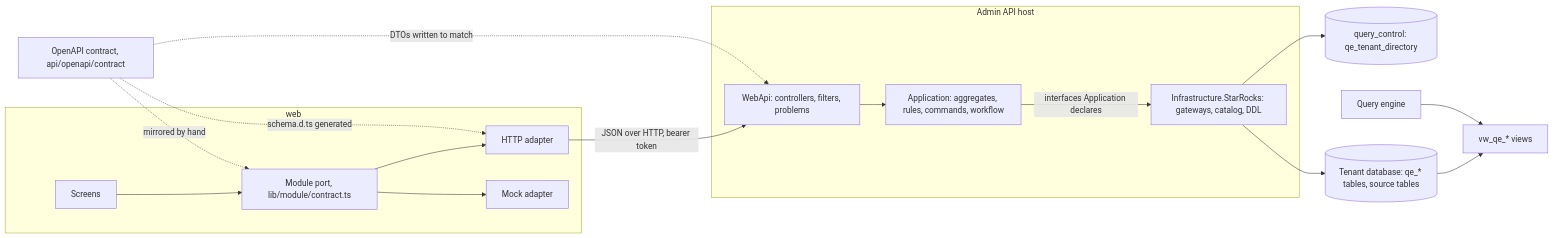
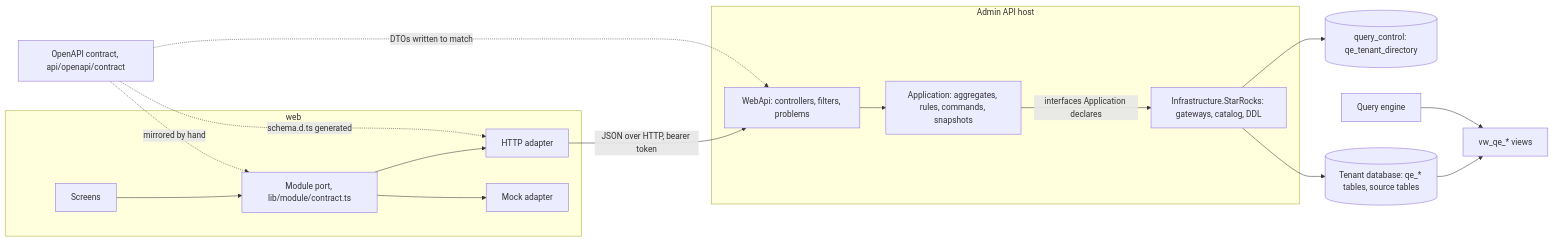
Before and after one commit to chrisaliotta/Quantalytix.QueryEngine.Admin: the first of 2 diagrams in api/docs/architecture/01-architecture.md, drawn with Mermaid. The commit also changed other lines of this file and 504 other files, not shown here.

First line of the commit message:
refactor(api/docs): update architecture documentation to reflect snapshot lifecycle changes

````diff
--- a/api/docs/architecture/01-architecture.md
+++ b/api/docs/architecture/01-architecture.md
@@ -8,24 +8,24 @@
 ```mermaid
 flowchart LR
     Contract["OpenAPI contract, api/openapi/contract"]
     subgraph Web2 [web]
         Screens --> Port["Module port, lib/module/contract.ts"]
         Port --> Http["HTTP adapter"]
         Port --> Mock["Mock adapter"]
     end
     subgraph Host [Admin API host]
         Api["WebApi: controllers, filters, problems"]
-        App["Application: aggregates, rules, commands, workflow"]
+        App["Application: aggregates, rules, commands, snapshots"]
         Infra["Infrastructure.StarRocks: gateways, catalog, DDL"]
     end
     Http -->|"JSON over HTTP, bearer token"| Api
     Api --> App
     App -->|"interfaces Application declares"| Infra
     Infra --> Control[("query_control: qe_tenant_directory")]
     Infra --> Tenant[("Tenant database: qe_* tables, source tables")]
     Tenant --> Views["vw_qe_* views"]
     Engine["Query engine"] --> Views
     Contract -. "DTOs written to match" .-> Api
     Contract -. "schema.d.ts generated" .-> Http
     Contract -. "mirrored by hand" .-> Port
 ```
````
